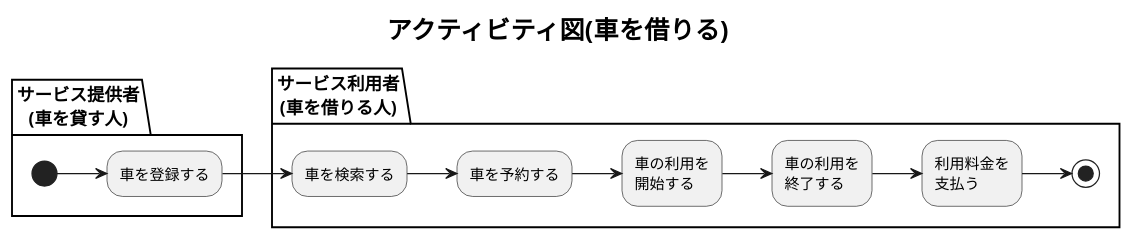
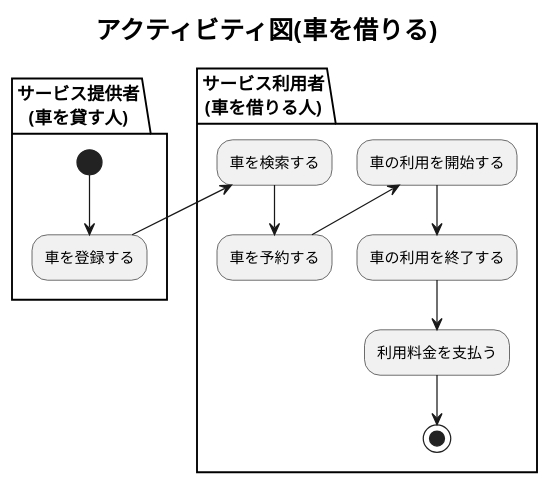
The diagram in sample/activity3.pu (nogami-kenji/plantuml), drawn with PlantUML before and after one commit. The commit also changed 2 other files, not shown here.

```diff
--- a/sample/activity3.pu
+++ b/sample/activity3.pu
@@ -1,18 +1,17 @@
 @startuml
-left to right direction
 title <b><size:20>アクティビティ図(車を借りる)
 
 partition サービス提供者\n(車を貸す人) PowderBlue {
   (*) --> "車を登録する"
 }
 
 partition サービス利用者\n(車を借りる人) Yellow {
-  "車を登録する" --> "車を検索する"
+  "車を登録する" -up-> "車を検索する"
   "車を検索する" --> "車を予約する"
-  "車を予約する" --> "車の利用を\n開始する"
-  "車の利用を\n開始する" --> "車の利用を\n終了する"
-  "車の利用を\n終了する" --> "利用料金を\n支払う"
-  "利用料金を\n支払う" --> (*)
+  "車を予約する" -up-> "車の利用を開始する"
+  "車の利用を開始する" --> "車の利用を終了する"
+  "車の利用を終了する" --> "利用料金を支払う"
+  "利用料金を支払う" --> (*)
 }
 
 @enduml
```
